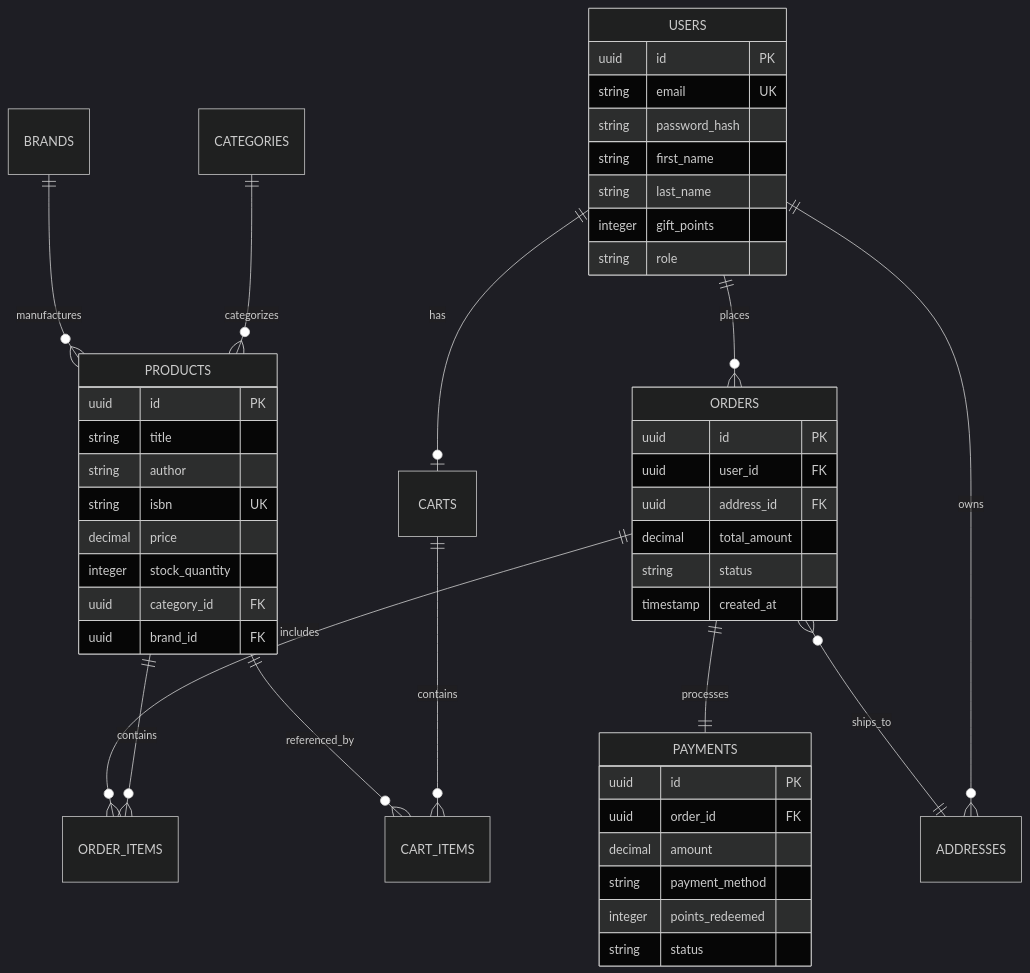
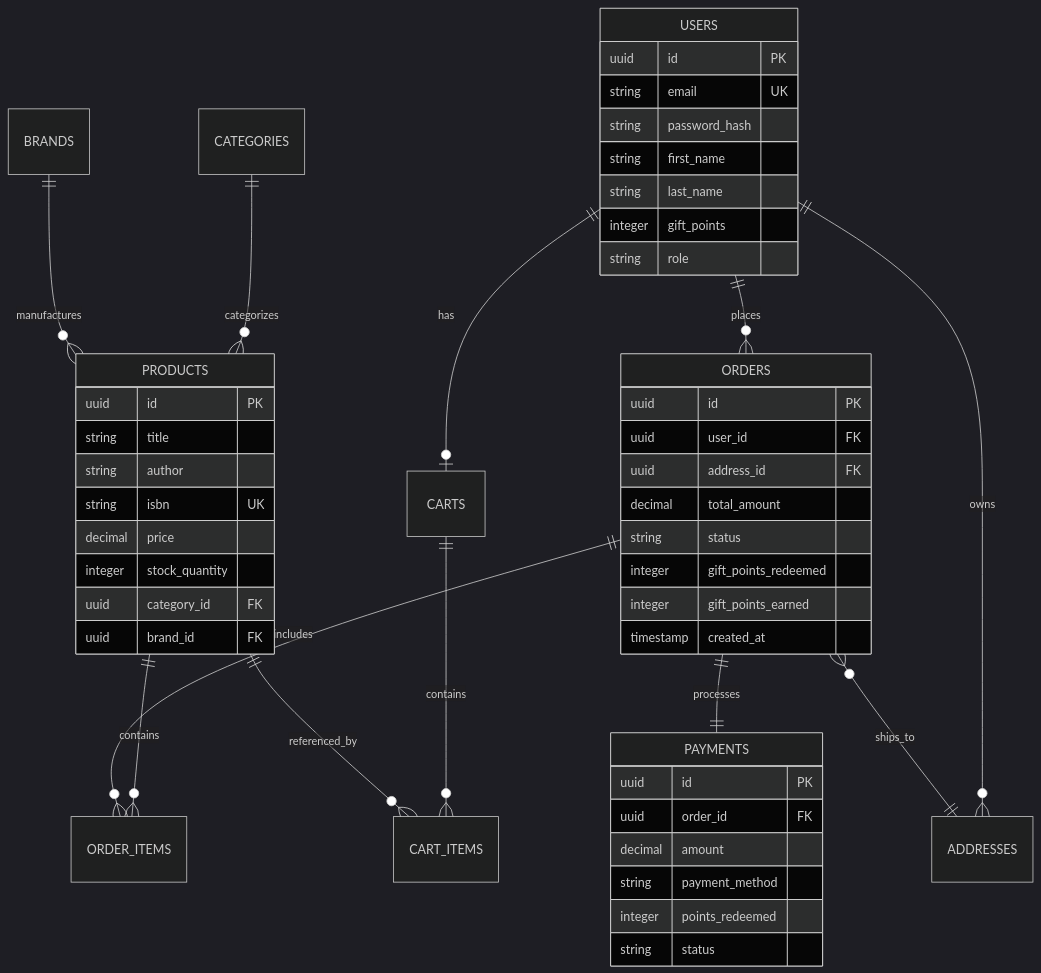
One commit to rajzzh-learn/ebookstore-capstone changed the second of 2 diagrams in Project Overview.md. Above: the diagram before and after it, drawn with Mermaid (dark theme). The commit also changed other lines of this file, not shown here.

````diff
--- a/Project Overview.md
+++ b/Project Overview.md
@@ -82,53 +82,55 @@
 ```mermaid
 erDiagram
     USERS ||--o{ ORDERS : places
     USERS ||--o{ ADDRESSES : owns
     USERS ||--o| CARTS : has
     CARTS ||--o{ CART_ITEMS : contains
     CATEGORIES ||--o{ PRODUCTS : categorizes
     BRANDS ||--o{ PRODUCTS : manufactures
     PRODUCTS ||--o{ CART_ITEMS : referenced_by
     PRODUCTS ||--o{ ORDER_ITEMS : contains
     ORDERS ||--o{ ORDER_ITEMS : includes
     ORDERS ||--|| PAYMENTS : processes
     ORDERS }o--|| ADDRESSES : ships_to
 
     USERS {
         uuid id PK
         string email UK
         string password_hash
         string first_name
         string last_name
         integer gift_points
         string role
     }
 
     PRODUCTS {
         uuid id PK
         string title
         string author
         string isbn UK
         decimal price
         integer stock_quantity
         uuid category_id FK
         uuid brand_id FK
     }
 
     ORDERS {
         uuid id PK
         uuid user_id FK
         uuid address_id FK
         decimal total_amount
         string status
+        integer gift_points_redeemed
+        integer gift_points_earned
         timestamp created_at
     }
 
     PAYMENTS {
         uuid id PK
         uuid order_id FK
         decimal amount
         string payment_method
         integer points_redeemed
         string status
     }
 ```
````
